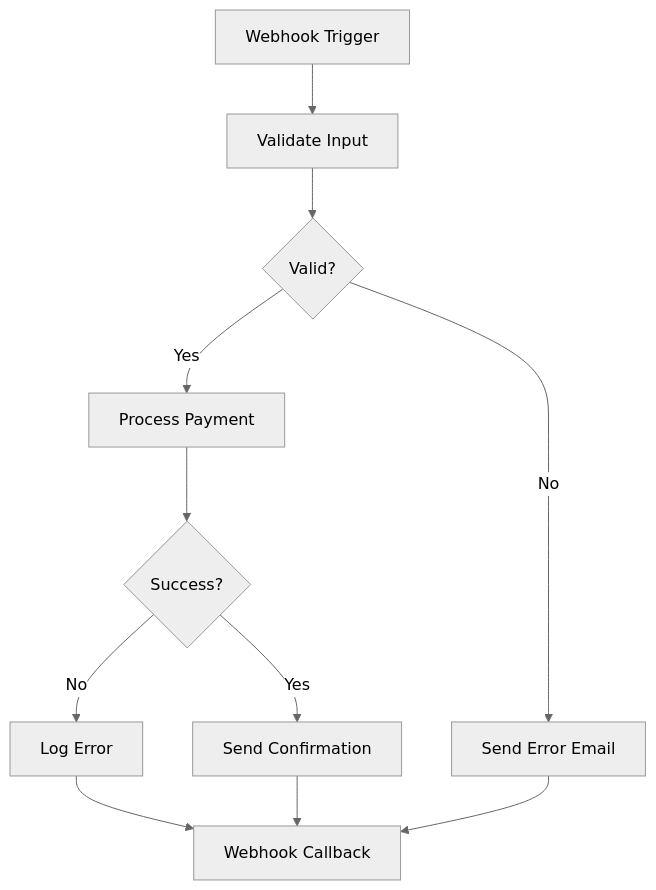
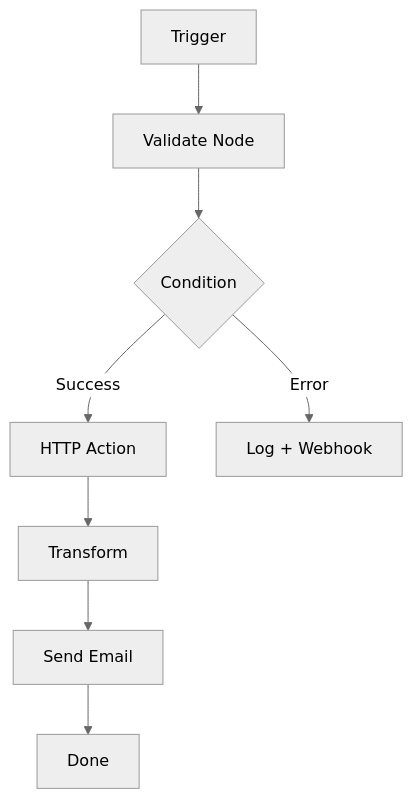
One commit to mateussiqueira/banking-stack changed the diagram in packages/docs/challenges/05-workflow.md. Above: the diagram before and after it, drawn with Mermaid (neutral theme). The commit also changed other lines of this file and 19 other files, not shown here.

First line of the commit message:
docs: restructure all challenges with Akita-style + TS/Go code + Mermaid

````diff
--- a/packages/docs/challenges/05-workflow.md
+++ b/packages/docs/challenges/05-workflow.md
@@ -257,13 +18,10 @@
 ```mermaid
 graph TD
-    A[Webhook Trigger] --> B[Validate Input]
-    B --> C{Valid?}
-    C -->|Yes| D[Process Payment]
-    C -->|No| E[Send Error Email]
-    D --> F{Success?}
-    F -->|Yes| G[Send Confirmation]
-    F -->|No| H[Log Error]
-    H --> I[Webhook Callback]
-    G --> I
-    E --> I
+    A[Trigger] --> B[Validate Node]
+    B --> C{Condition}
+    C -->|Success| D[HTTP Action]
+    C -->|Error| E[Log + Webhook]
+    D --> F[Transform]
+    F --> G[Send Email]
+    G --> H[Done]
 ```
````
